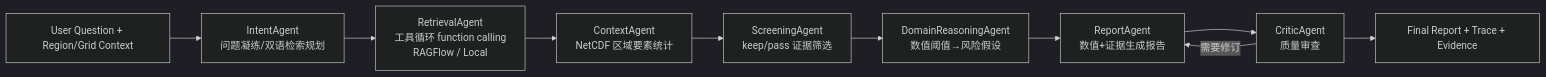
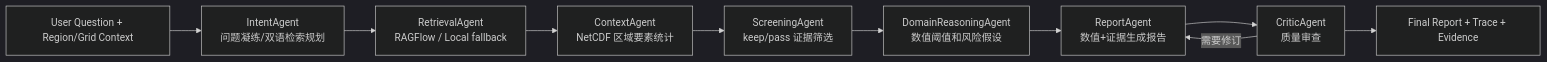
The second of 2 diagrams in README.md (qiasixiaoye/seaProject), drawn with Mermaid (dark theme) before and after one commit. The commit also changed other lines of this file and 4 other files, not shown here.

````diff
--- a/README.md
+++ b/README.md
@@ -115,12 +174,12 @@
 ```mermaid
 flowchart LR
   Q["User Question + Region/Grid Context"] --> I["IntentAgent<br/>问题凝练/双语检索规划"]
-  I --> R["RetrievalAgent<br/>工具循环 function calling<br/>RAGFlow / Local"]
+  I --> R["RetrievalAgent<br/>RAGFlow / Local fallback"]
   R --> X["ContextAgent<br/>NetCDF 区域要素统计"]
   X --> S["ScreeningAgent<br/>keep/pass 证据筛选"]
-  S --> D["DomainReasoningAgent<br/>数值阈值→风险假设"]
+  S --> D["DomainReasoningAgent<br/>数值阈值和风险假设"]
   D --> P["ReportAgent<br/>数值+证据生成报告"]
   P --> C["CriticAgent<br/>质量审查"]
   C -->|需要修订| P
   C --> O["Final Report + Trace + Evidence"]
 ```
````
